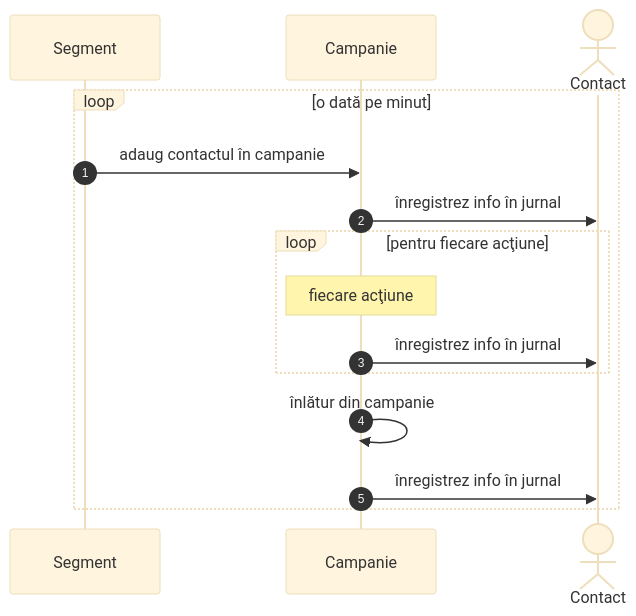
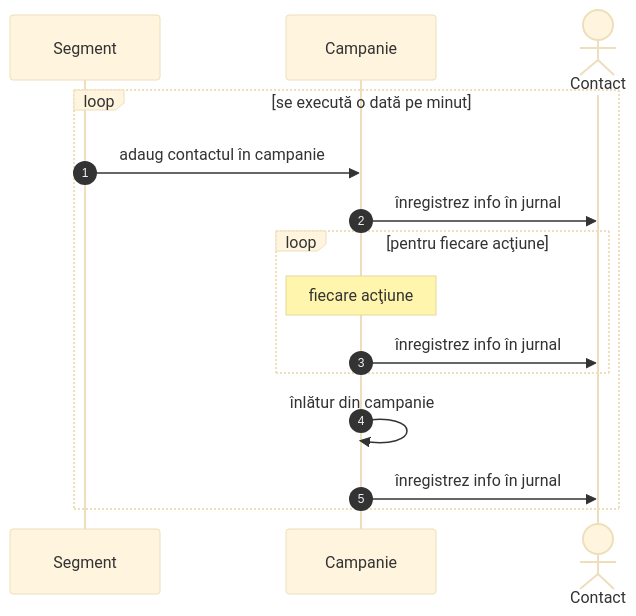
One commit to IonutOjicaDE/IonutOjicaDE.github.io changed the third of 3 diagrams in _posts/2024-03-11-campanii-capcana-inlatura-din-campanie.md. Above: the diagram before and after it, drawn with Mermaid (base theme). The commit also changed other lines of this file and 1 other file, not shown here.

````diff
--- a/_posts/2024-03-11-campanii-capcana-inlatura-din-campanie.md
+++ b/_posts/2024-03-11-campanii-capcana-inlatura-din-campanie.md
@@ -83,18 +83,18 @@
 ```mermaid
 sequenceDiagram
     participant Segment
     participant Campanie
     actor Contact
     autonumber
 
-    loop o dată pe minut
+    loop se execută o dată pe minut
         Segment->>Campanie: adaug contactul în campanie
         Campanie->>Contact: înregistrez info în jurnal
         loop pentru fiecare acţiune
             Note over Campanie: fiecare acţiune
             Campanie->>Contact: înregistrez info în jurnal
         end
         Campanie->>Campanie: înlătur din campanie
         Campanie->>Contact: înregistrez info în jurnal
     end
 ```
````
